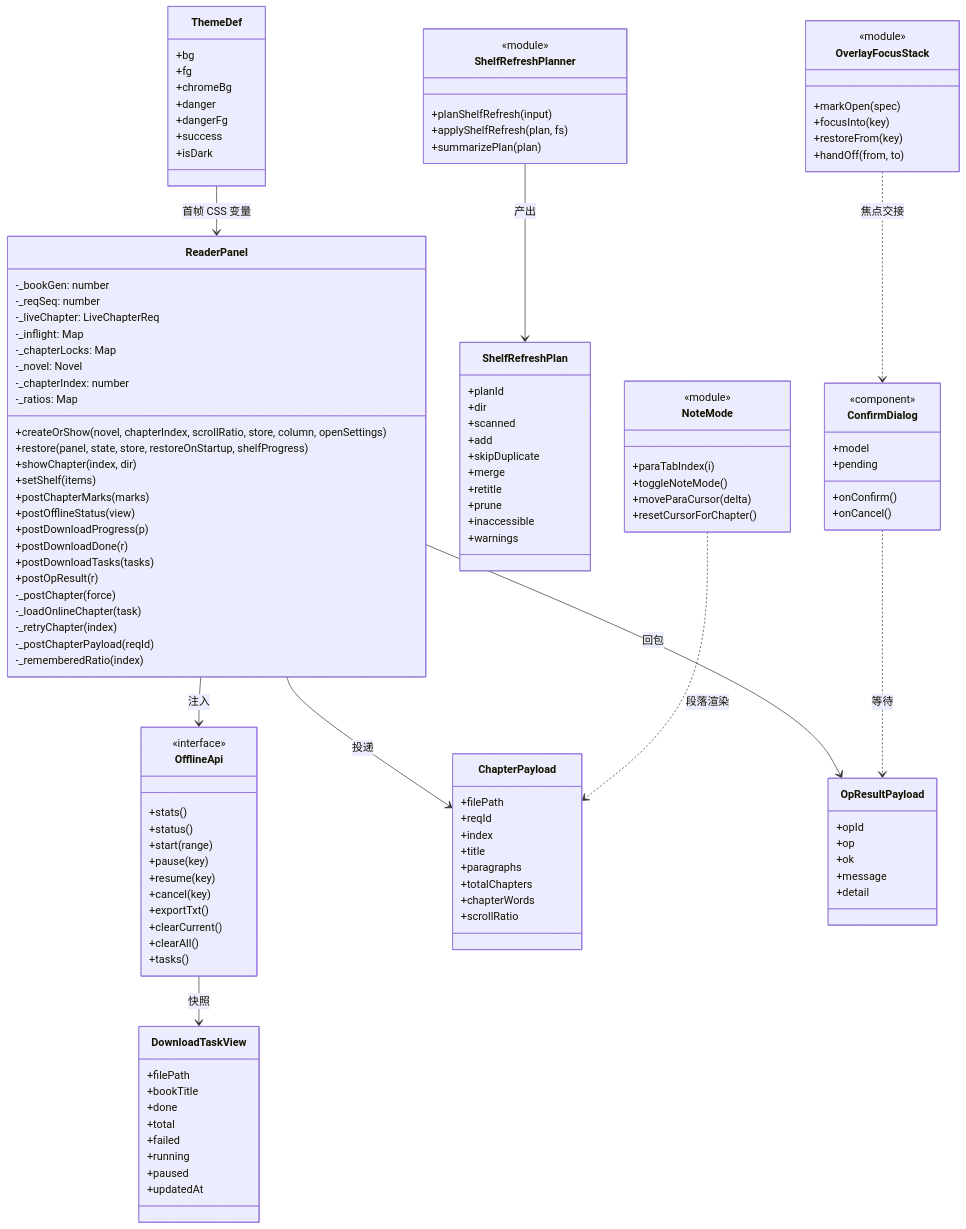
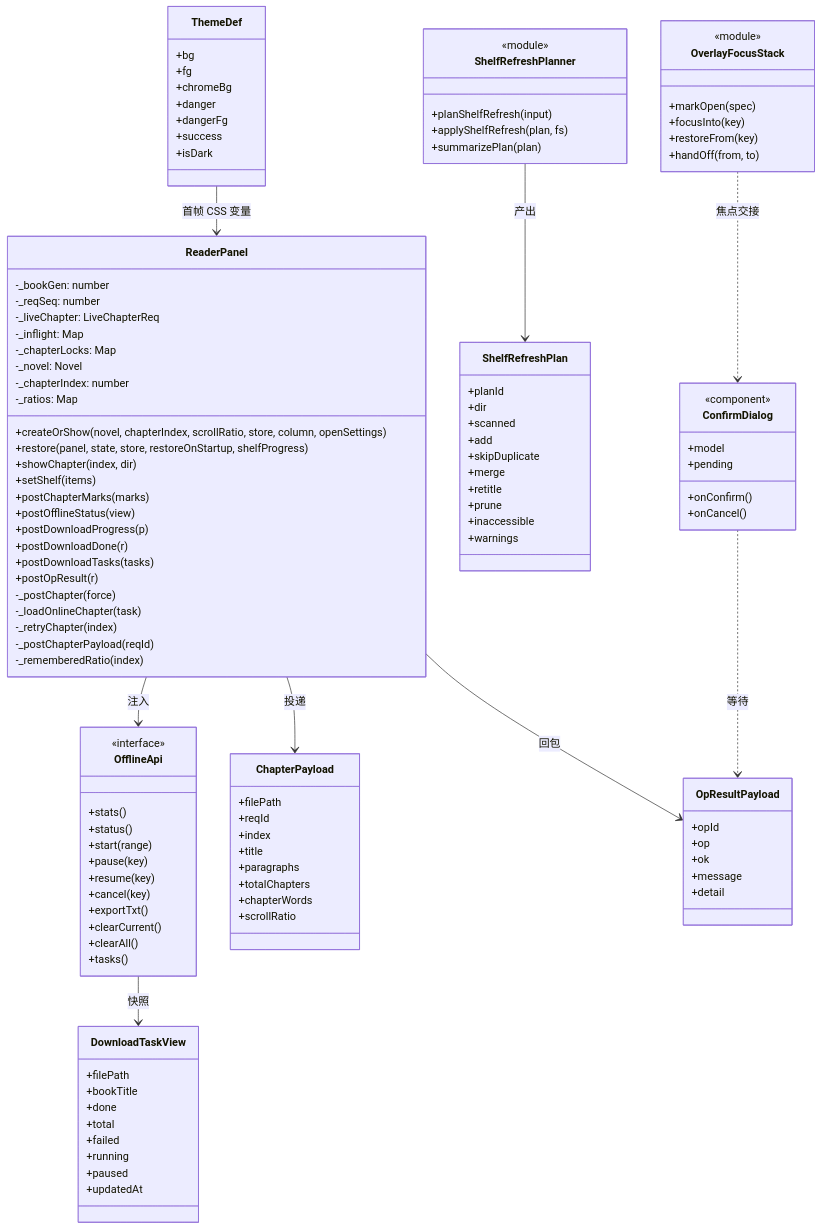
One commit to r-codevault/r-novel-reader changed the fourth of 7 diagrams in docs/ui-ux-review-architecture.md. Above: the diagram before and after it, drawn with Mermaid. The commit also changed other lines of this file and 26 other files, not shown here.

````diff
--- a/docs/ui-ux-review-architecture.md
+++ b/docs/ui-ux-review-architecture.md
@@ -1200,13 +1161,6 @@
         +restoreFrom(key)
         +handOff(from, to)
     }
-    class NoteMode {
-        <<module>>
-        +paraTabIndex(i)
-        +toggleNoteMode()
-        +moveParaCursor(delta)
-        +resetCursorForChapter()
-    }
     class ConfirmDialog {
         <<component>>
         +model
@@ -1222,5 +1176,4 @@
     ShelfRefreshPlanner --> ShelfRefreshPlan : 产出
     ConfirmDialog ..> OpResultPayload : 等待
     OverlayFocusStack ..> ConfirmDialog : 焦点交接
-    NoteMode ..> ChapterPayload : 段落渲染
 ```
````
